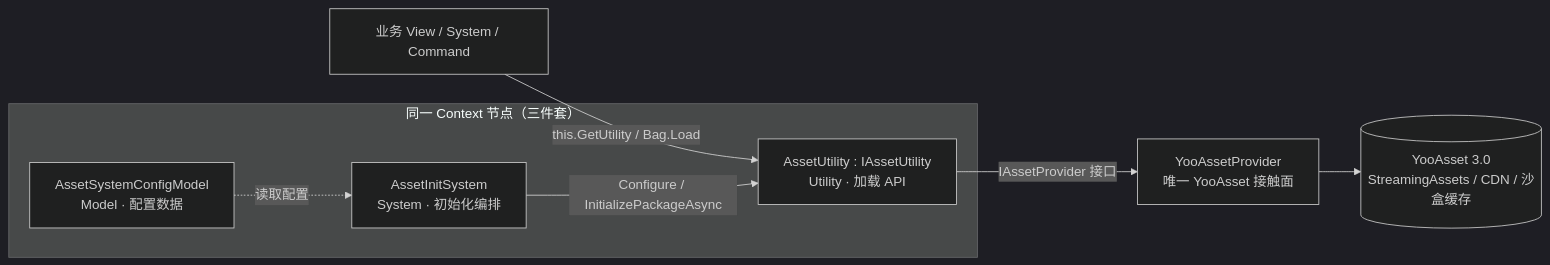
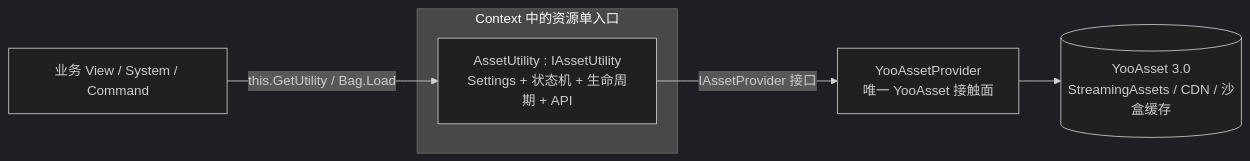
One commit to heroliss/SSFramework changed the first of 5 diagrams in docs/asset-system-flow.md. Above: the diagram before and after it, drawn with Mermaid (dark theme). The commit also changed other lines of this file and 46 other files, not shown here.

````diff
--- a/docs/asset-system-flow.md
+++ b/docs/asset-system-flow.md
@@ -11,14 +11,10 @@
 ```mermaid
 flowchart LR
     Biz["业务 View / System / Command"]
-    subgraph ctx["同一 Context 节点（三件套）"]
-      Cfg["AssetSystemConfigModel<br/>Model · 配置数据"]
-      Util["AssetUtility : IAssetUtility<br/>Utility · 加载 API"]
-      Sys["AssetInitSystem<br/>System · 初始化编排"]
+    subgraph ctx["Context 中的资源单入口"]
+      Util["AssetUtility : IAssetUtility<br/>Settings + 状态机 + 生命周期 + API"]
     end
     Biz -->|"this.GetUtility / Bag.Load"| Util
-    Cfg -. 读取配置 .-> Sys
-    Sys -->|"Configure / InitializePackageAsync"| Util
     Util -->|"IAssetProvider 接口"| Prov["YooAssetProvider<br/>唯一 YooAsset 接触面"]
     Prov --> Yoo[("YooAsset 3.0<br/>StreamingAssets / CDN / 沙盒缓存")]
 ```
````
